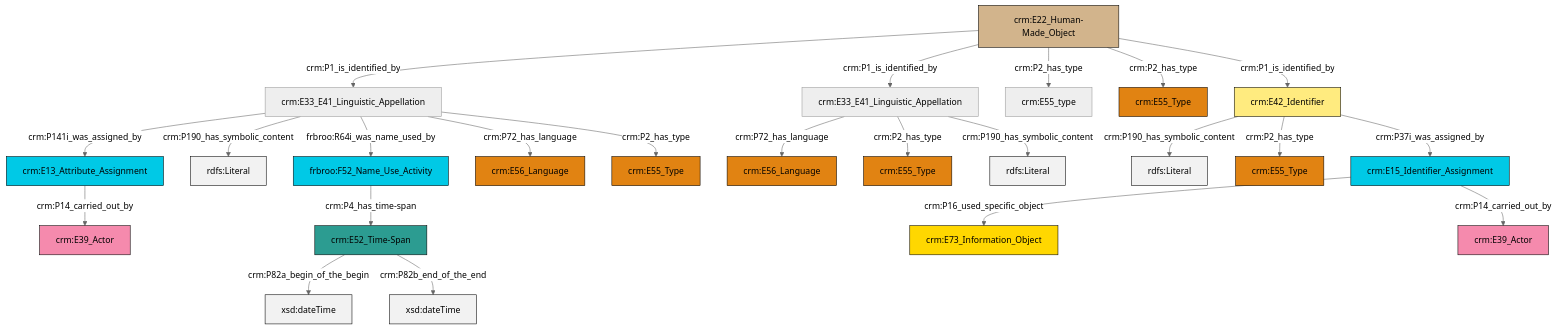
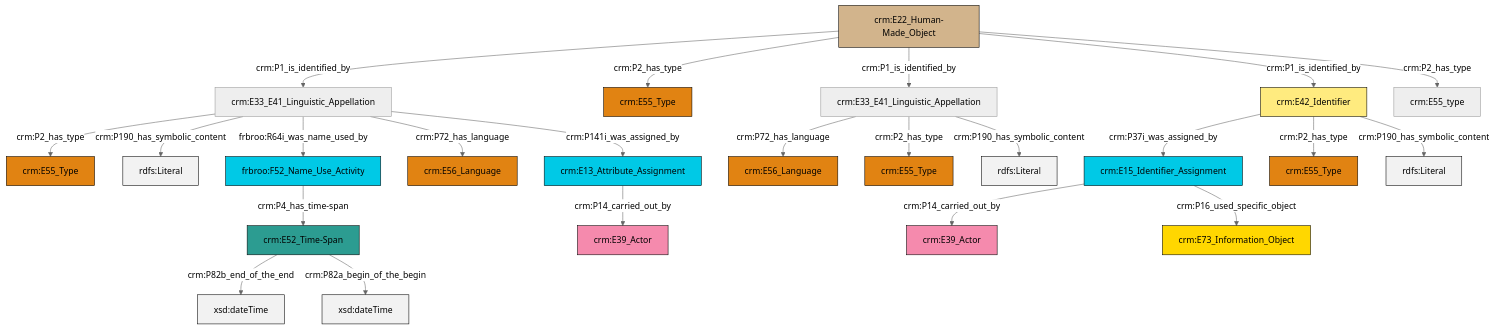
The diagram in et/artworkCSV/ttl/mmd/Artwork_Name.ttl.mmd (swiss-art-research-net/reference-data-models), drawn with Mermaid (neutral theme) before and after one commit. The commit also changed 128 other files, not shown here.

```diff
--- a/et/artworkCSV/ttl/mmd/Artwork_Name.ttl.mmd
+++ b/et/artworkCSV/ttl/mmd/Artwork_Name.ttl.mmd
@@ -1,37 +1,37 @@
 graph TD
 classDef Literal fill:#f2f2f2,stroke:#000000;
 classDef CRM_Entity fill:#FFFFFF,stroke:#000000;
 classDef Temporal_Entity fill:#00C9E6, stroke:#000000;
 classDef Type fill:#E18312, stroke:#000000;
 classDef Time-Span fill:#2C9C91, stroke:#000000;
 classDef Appellation fill:#FFEB7F, stroke:#000000;
 classDef Place fill:#008836, stroke:#000000;
 classDef Persistent_Item fill:#B266B2, stroke:#000000;
 classDef Conceptual_Object fill:#FFD700, stroke:#000000;
 classDef Physical_Thing fill:#D2B48C, stroke:#000000;
 classDef Actor fill:#f58aad, stroke:#000000;
 classDef PC_Classes fill:#4ce600, stroke:#000000;
 classDef Multi fill:#cccccc,stroke:#000000;
 
-0["crm:E22_Human-Made_Object"]:::Physical_Thing -->|crm:P1_is_identified_by| 1["crm:E33_E41_Linguistic_Appellation"]:::Default
-0["crm:E22_Human-Made_Object"]:::Physical_Thing -->|crm:P1_is_identified_by| 6["crm:E33_E41_Linguistic_Appellation"]:::Default
-0["crm:E22_Human-Made_Object"]:::Physical_Thing -->|crm:P2_has_type| 7["crm:E55_type"]:::Default
-0["crm:E22_Human-Made_Object"]:::Physical_Thing -->|crm:P2_has_type| 9["crm:E55_Type"]:::Type
-10["crm:E42_Identifier"]:::Appellation -->|crm:P190_has_symbolic_content| 11[rdfs:Literal]:::Literal
-0["crm:E22_Human-Made_Object"]:::Physical_Thing -->|crm:P1_is_identified_by| 10["crm:E42_Identifier"]:::Appellation
-1["crm:E33_E41_Linguistic_Appellation"]:::Default -->|crm:P141i_was_assigned_by| 2["crm:E13_Attribute_Assignment"]:::Temporal_Entity
-4["frbroo:F52_Name_Use_Activity"]:::Temporal_Entity -->|crm:P4_has_time-span| 12["crm:E52_Time-Span"]:::Time-Span
-6["crm:E33_E41_Linguistic_Appellation"]:::Default -->|crm:P72_has_language| 14["crm:E56_Language"]:::Type
-10["crm:E42_Identifier"]:::Appellation -->|crm:P2_has_type| 18["crm:E55_Type"]:::Type
-10["crm:E42_Identifier"]:::Appellation -->|crm:P37i_was_assigned_by| 26["crm:E15_Identifier_Assignment"]:::Temporal_Entity
-12["crm:E52_Time-Span"]:::Time-Span -->|crm:P82a_begin_of_the_begin| 27[xsd:dateTime]:::Literal
-2["crm:E13_Attribute_Assignment"]:::Temporal_Entity -->|crm:P14_carried_out_by| 22["crm:E39_Actor"]:::Actor
-1["crm:E33_E41_Linguistic_Appellation"]:::Default -->|crm:P190_has_symbolic_content| 28[rdfs:Literal]:::Literal
-26["crm:E15_Identifier_Assignment"]:::Temporal_Entity -->|crm:P16_used_specific_object| 16["crm:E73_Information_Object"]:::Conceptual_Object
-26["crm:E15_Identifier_Assignment"]:::Temporal_Entity -->|crm:P14_carried_out_by| 20["crm:E39_Actor"]:::Actor
-6["crm:E33_E41_Linguistic_Appellation"]:::Default -->|crm:P2_has_type| 29["crm:E55_Type"]:::Type
-6["crm:E33_E41_Linguistic_Appellation"]:::Default -->|crm:P190_has_symbolic_content| 38[rdfs:Literal]:::Literal
-1["crm:E33_E41_Linguistic_Appellation"]:::Default -->|frbroo:R64i_was_name_used_by| 4["frbroo:F52_Name_Use_Activity"]:::Temporal_Entity
-12["crm:E52_Time-Span"]:::Time-Span -->|crm:P82b_end_of_the_end| 39[xsd:dateTime]:::Literal
-1["crm:E33_E41_Linguistic_Appellation"]:::Default -->|crm:P72_has_language| 24["crm:E56_Language"]:::Type
-1["crm:E33_E41_Linguistic_Appellation"]:::Default -->|crm:P2_has_type| 34["crm:E55_Type"]:::Type
+2["crm:E33_E41_Linguistic_Appellation"]:::Default -->|crm:P2_has_type| 3["crm:E55_Type"]:::Type
+5["crm:E15_Identifier_Assignment"]:::Temporal_Entity -->|crm:P14_carried_out_by| 6["crm:E39_Actor"]:::Actor
+7["crm:E42_Identifier"]:::Appellation -->|crm:P37i_was_assigned_by| 5["crm:E15_Identifier_Assignment"]:::Temporal_Entity
+10["crm:E33_E41_Linguistic_Appellation"]:::Default -->|crm:P72_has_language| 11["crm:E56_Language"]:::Type
+17["crm:E22_Human-Made_Object"]:::Physical_Thing -->|crm:P1_is_identified_by| 2["crm:E33_E41_Linguistic_Appellation"]:::Default
+15["crm:E52_Time-Span"]:::Time-Span -->|crm:P82b_end_of_the_end| 19[xsd:dateTime]:::Literal
+2["crm:E33_E41_Linguistic_Appellation"]:::Default -->|crm:P190_has_symbolic_content| 22[rdfs:Literal]:::Literal
+23["frbroo:F52_Name_Use_Activity"]:::Temporal_Entity -->|crm:P4_has_time-span| 15["crm:E52_Time-Span"]:::Time-Span
+5["crm:E15_Identifier_Assignment"]:::Temporal_Entity -->|crm:P16_used_specific_object| 20["crm:E73_Information_Object"]:::Conceptual_Object
+7["crm:E42_Identifier"]:::Appellation -->|crm:P2_has_type| 12["crm:E55_Type"]:::Type
+15["crm:E52_Time-Span"]:::Time-Span -->|crm:P82a_begin_of_the_begin| 24[xsd:dateTime]:::Literal
+25["crm:E13_Attribute_Assignment"]:::Temporal_Entity -->|crm:P14_carried_out_by| 8["crm:E39_Actor"]:::Actor
+17["crm:E22_Human-Made_Object"]:::Physical_Thing -->|crm:P2_has_type| 27["crm:E55_Type"]:::Type
+17["crm:E22_Human-Made_Object"]:::Physical_Thing -->|crm:P1_is_identified_by| 10["crm:E33_E41_Linguistic_Appellation"]:::Default
+17["crm:E22_Human-Made_Object"]:::Physical_Thing -->|crm:P1_is_identified_by| 7["crm:E42_Identifier"]:::Appellation
+10["crm:E33_E41_Linguistic_Appellation"]:::Default -->|crm:P2_has_type| 33["crm:E55_Type"]:::Type
+2["crm:E33_E41_Linguistic_Appellation"]:::Default -->|frbroo:R64i_was_name_used_by| 23["frbroo:F52_Name_Use_Activity"]:::Temporal_Entity
+10["crm:E33_E41_Linguistic_Appellation"]:::Default -->|crm:P190_has_symbolic_content| 38[rdfs:Literal]:::Literal
+2["crm:E33_E41_Linguistic_Appellation"]:::Default -->|crm:P72_has_language| 30["crm:E56_Language"]:::Type
+2["crm:E33_E41_Linguistic_Appellation"]:::Default -->|crm:P141i_was_assigned_by| 25["crm:E13_Attribute_Assignment"]:::Temporal_Entity
+7["crm:E42_Identifier"]:::Appellation -->|crm:P190_has_symbolic_content| 40[rdfs:Literal]:::Literal
+17["crm:E22_Human-Made_Object"]:::Physical_Thing -->|crm:P2_has_type| 0["crm:E55_type"]:::Default
```
